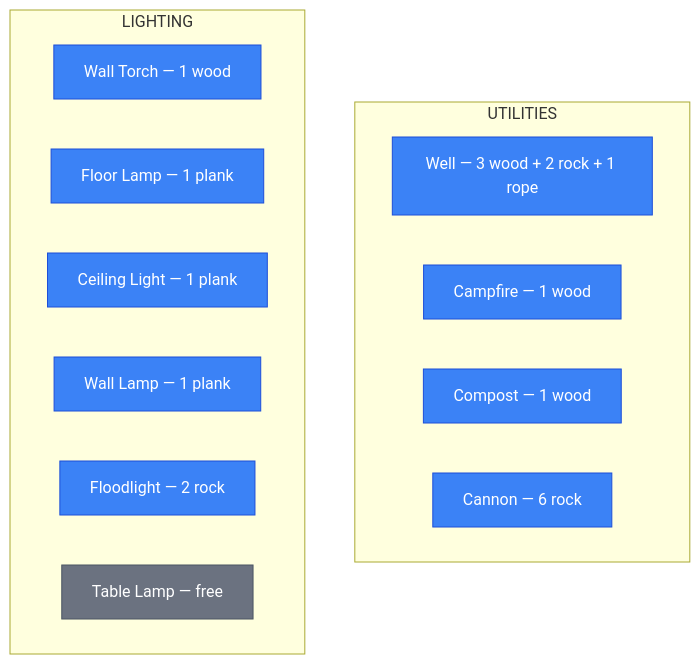
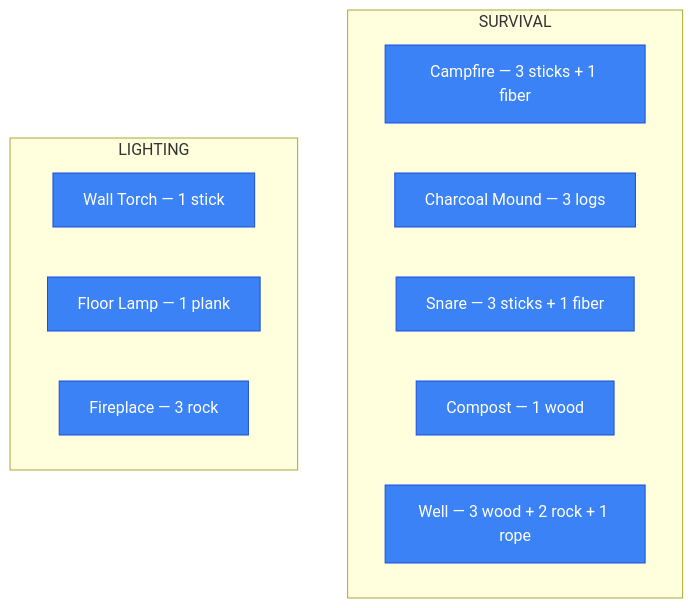
The eighth of 8 diagrams in docs/crafting-tree.md (spiffistan/spacewestern), drawn with Mermaid before and after one commit. The commit also changed other lines of this file and 12 other files, not shown here.

````diff
--- a/docs/crafting-tree.md
+++ b/docs/crafting-tree.md
@@ -140,22 +225,18 @@
 ```mermaid
 graph TD
-    subgraph UTILITIES
+    subgraph SURVIVAL
+        CF["Campfire — 3 sticks + 1 fiber"]
+        CM["Charcoal Mound — 3 logs"]
+        SN["Snare — 3 sticks + 1 fiber"]
+        CO["Compost — 1 wood"]
         WL["Well — 3 wood + 2 rock + 1 rope"]
-        FP["Campfire — 1 wood"]
-        CP["Compost — 1 wood"]
-        CN["Cannon — 6 rock"]
     end
     subgraph LIGHTING
-        WT["Wall Torch — 1 wood"]
+        WT["Wall Torch — 1 stick"]
         FL["Floor Lamp — 1 plank"]
-        CL["Ceiling Light — 1 plank"]
-        WL2["Wall Lamp — 1 plank"]
-        FD["Floodlight — 2 rock"]
-        TL["Table Lamp — free"]
+        FP["Fireplace — 3 rock"]
     end
 
     classDef item fill:#3b82f6,stroke:#1d4ed8,color:#fff
-    classDef free fill:#6b7280,stroke:#4b5563,color:#fff
-    class WL,FP,CP,CN,WT,FL,CL,WL2,FD item
-    class TL free
+    class CF,CM,SN,CO,WL,WT,FL,FP item
 ```
````
